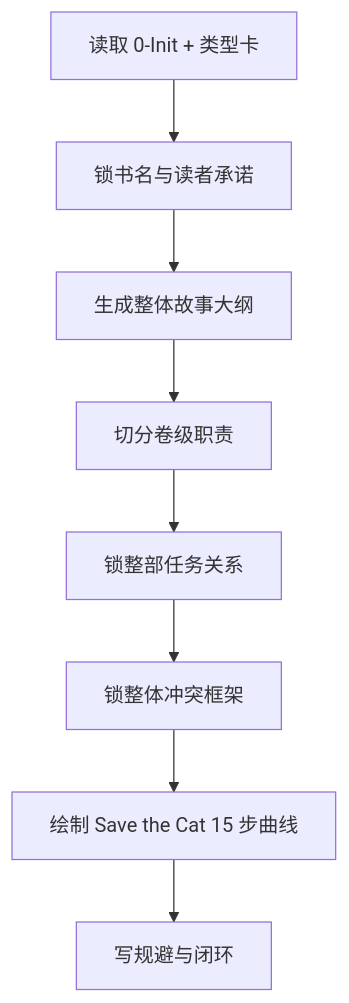
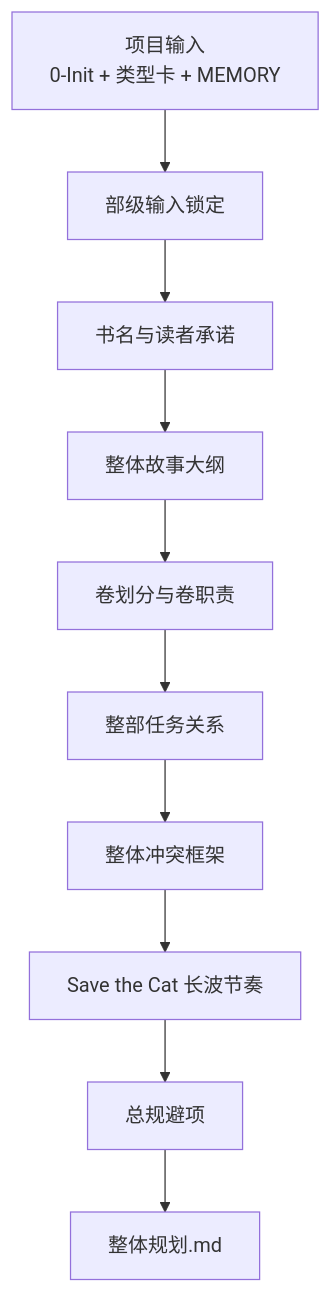
The first of 2 diagrams in .agents/skills/story/2-Planning/1-部级/SKILL.md (ZEN-VOID/AI-CUT), drawn with Mermaid before and after one commit. The commit also changed other lines of this file and 526 other files, not shown here.

````diff
--- a/.agents/skills/story/2-Planning/1-部级/SKILL.md
+++ b/.agents/skills/story/2-Planning/1-部级/SKILL.md
@@ -77,10 +74,12 @@
 ```mermaid
 flowchart TD
-    A["读取 0-Init + 类型卡"] --> B["锁书名与读者承诺"]
-    B --> C["生成整体故事大纲"]
-    C --> D["切分卷级职责"]
-    D --> E["锁整部任务关系"]
-    E --> F["锁整体冲突框架"]
-    F --> G["绘制 Save the Cat 15 步曲线"]
-    G --> H["写规避与闭环"]
+    A["项目输入<br/>0-Init + 类型卡 + MEMORY"] --> B["部级输入锁定"]
+    B --> C["书名与读者承诺"]
+    C --> D["整体故事大纲"]
+    D --> E["卷划分与卷职责"]
+    E --> F["整部任务关系"]
+    F --> G["整体冲突框架"]
+    G --> H["Save the Cat 长波节奏"]
+    H --> I["总规避项"]
+    I --> J["整体规划.md"]
 ```
````
